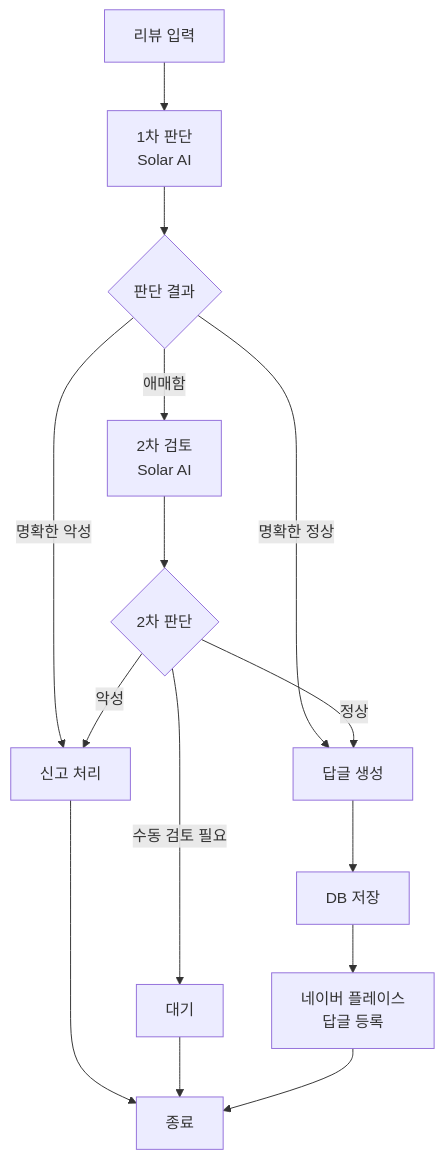
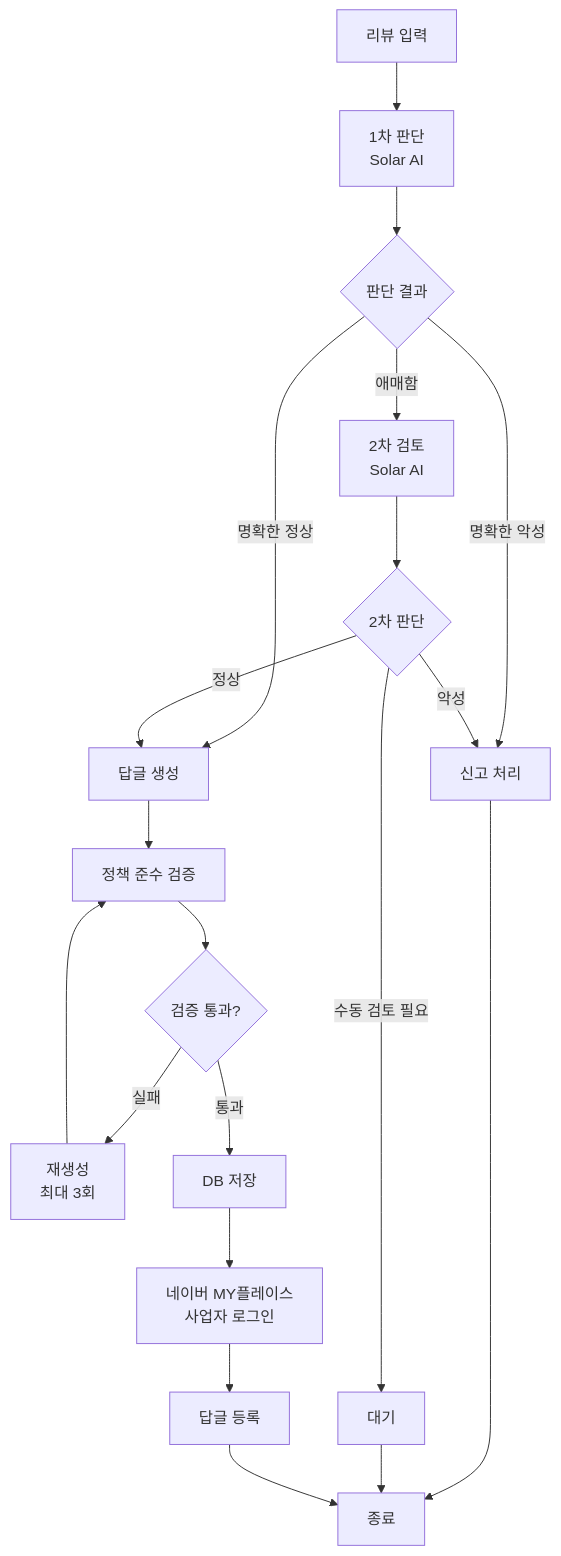
Before and after one commit to seolmiseon/majangdong_daughter_ai: the third of 3 diagrams in README.md, drawn with Mermaid. The commit also changed other lines of this file and 15 other files, not shown here.

````diff
--- a/README.md
+++ b/README.md
@@ -141,17 +183,22 @@
 ```mermaid
 graph TD
     A[리뷰 입력] --> B[1차 판단<br/>Solar AI]
     B --> C{판단 결과}
     C -->|명확한 악성| D[신고 처리]
     C -->|명확한 정상| E[답글 생성]
     C -->|애매함| F[2차 검토<br/>Solar AI]
     F --> G{2차 판단}
     G -->|악성| D
     G -->|정상| E
     G -->|수동 검토 필요| H[대기]
-    E --> I[DB 저장]
-    I --> J[네이버 플레이스<br/>답글 등록]
-    D --> K[종료]
-    H --> K
-    J --> K
+    E --> I[정책 준수 검증]
+    I --> J{검증 통과?}
+    J -->|실패| K[재생성<br/>최대 3회]
+    K --> I
+    J -->|통과| L[DB 저장]
+    L --> M[네이버 MY플레이스<br/>사업자 로그인]
+    M --> N[답글 등록]
+    D --> O[종료]
+    H --> O
+    N --> O
 ```
````
